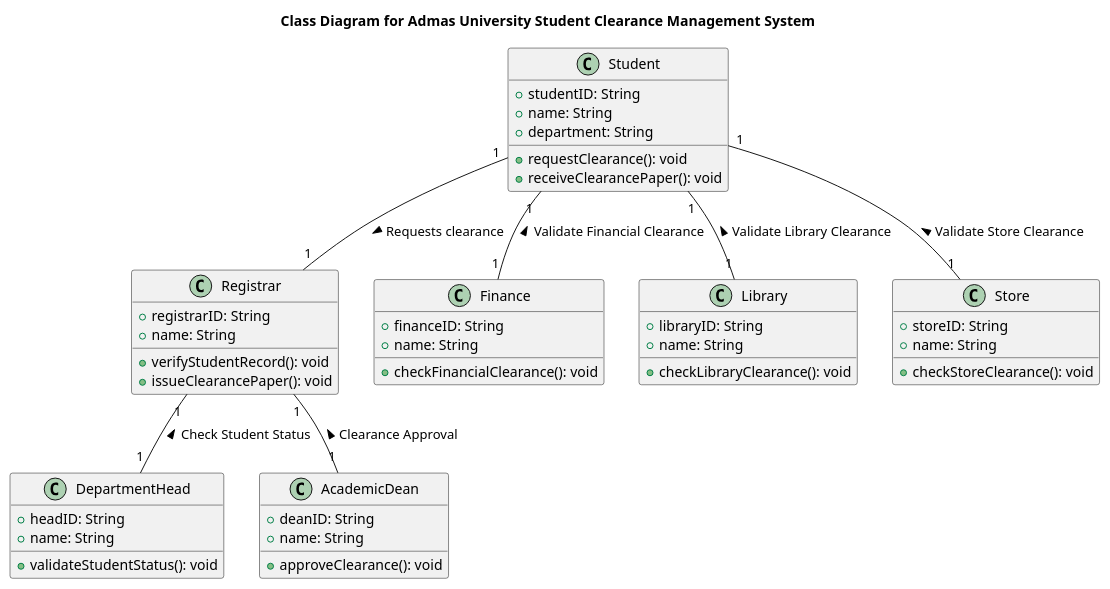
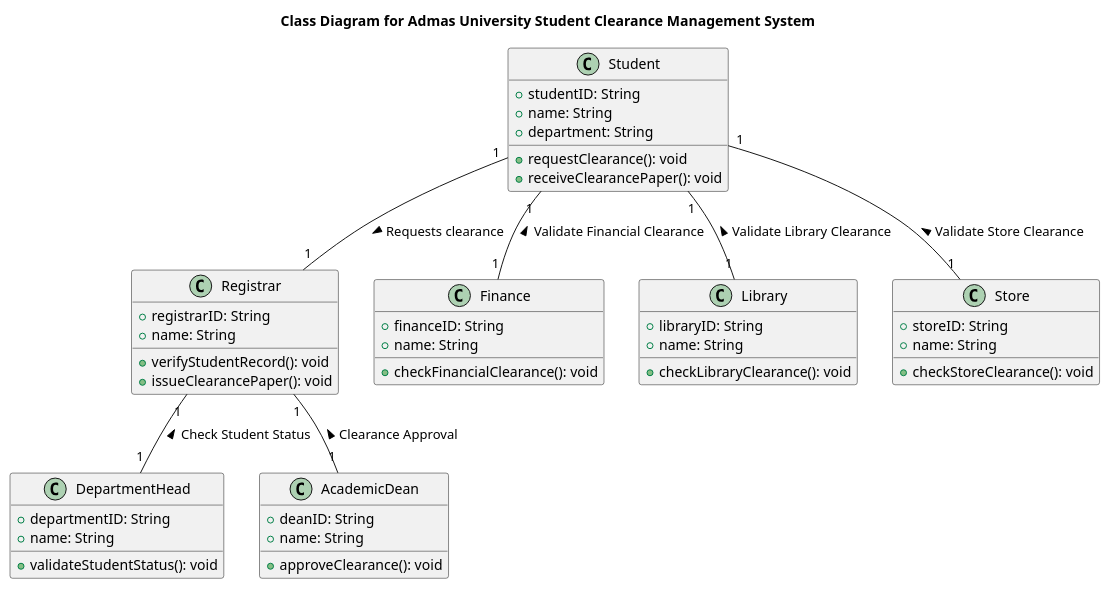
The diagram in class-diag.puml (Betty-edit/AU-Student-Clearance-Management-System), drawn with PlantUML before and after one commit.

Commit message:
Updated DepartmentHead class to change headID to departmentID

```diff
--- a/class-diag.puml
+++ b/class-diag.puml
@@ -1,55 +1,55 @@
 @startuml
 
 title Class Diagram for Admas University Student Clearance Management System
 
 class Student {
     +studentID: String
     +name: String
     +department: String
     +requestClearance(): void
     +receiveClearancePaper(): void
 }
 
 class Registrar {
     +registrarID: String
     +name: String
     +verifyStudentRecord(): void
     +issueClearancePaper(): void
 }
 
 class DepartmentHead {
-    +headID: String
+    +departmentID: String
     +name: String
     +validateStudentStatus(): void
 }
 
 class AcademicDean {
     +deanID: String
     +name: String
     +approveClearance(): void
 }
 
 class Finance {
     +financeID: String
     +name: String
     +checkFinancialClearance(): void
 }
 
 class Library {
     +libraryID: String
     +name: String
     +checkLibraryClearance(): void
 }
 
 class Store {
     +storeID: String
     +name: String
     +checkStoreClearance(): void
 }
 Student "1" -- "1" Registrar : > Requests clearance
 Student "1" --"1" Library : < Validate Library Clearance
 Student "1" -- "1" Finance: < Validate Financial Clearance
 Student "1" -- "1" Store : < Validate Store Clearance
 Registrar "1" -- "1" DepartmentHead : < Check Student Status
 Registrar "1" -- "1" AcademicDean: < Clearance Approval
 @enduml
```
